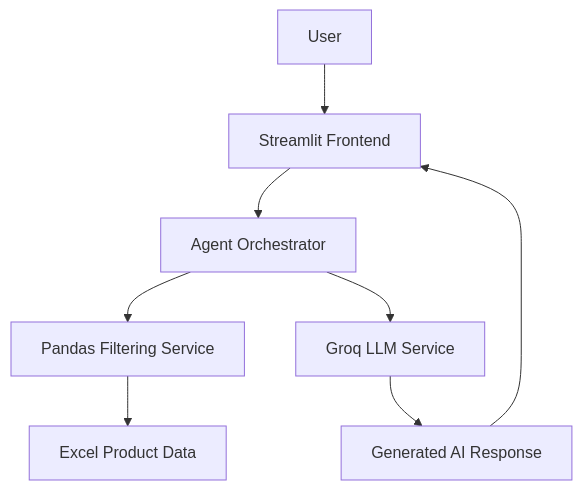
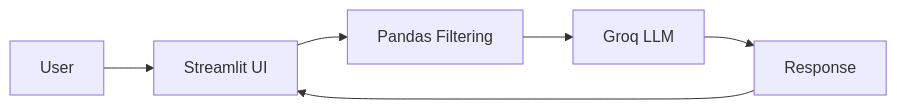
One commit to GeekyAdnan125/retail-agent changed the diagram in readme.md. Above: the diagram before and after it, drawn with Mermaid. The commit also changed other lines of this file, not shown here.

````diff
--- a/readme.md
+++ b/readme.md
@@ -74,10 +68,8 @@
 ```mermaid
-flowchart TD
-    User --> UI[Streamlit Frontend]
-    UI --> Agent[Agent Orchestrator]
-    Agent --> Filter[Pandas Filtering Service]
-    Agent --> LLM[Groq LLM Service]
-    Filter --> Data[Excel Product Data]
-    LLM --> Response[Generated AI Response]
-    Response --> UI
+flowchart LR
+    A[User] --> B[Streamlit UI]
+    B --> C[Pandas Filtering]
+    C --> D[Groq LLM]
+    D --> E[Response]
+    E --> B
 ```
````
